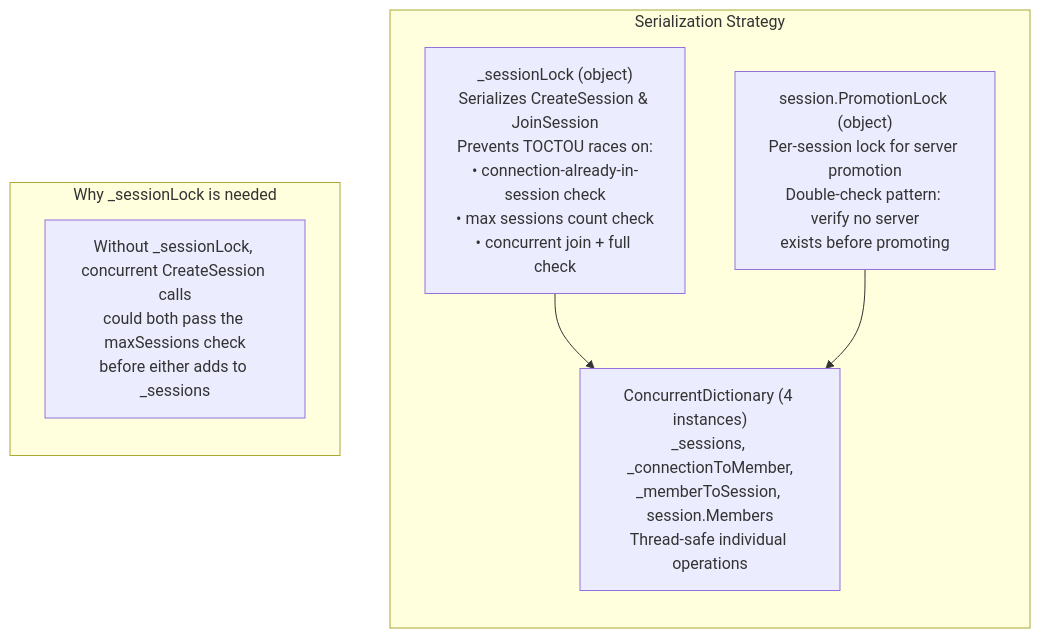
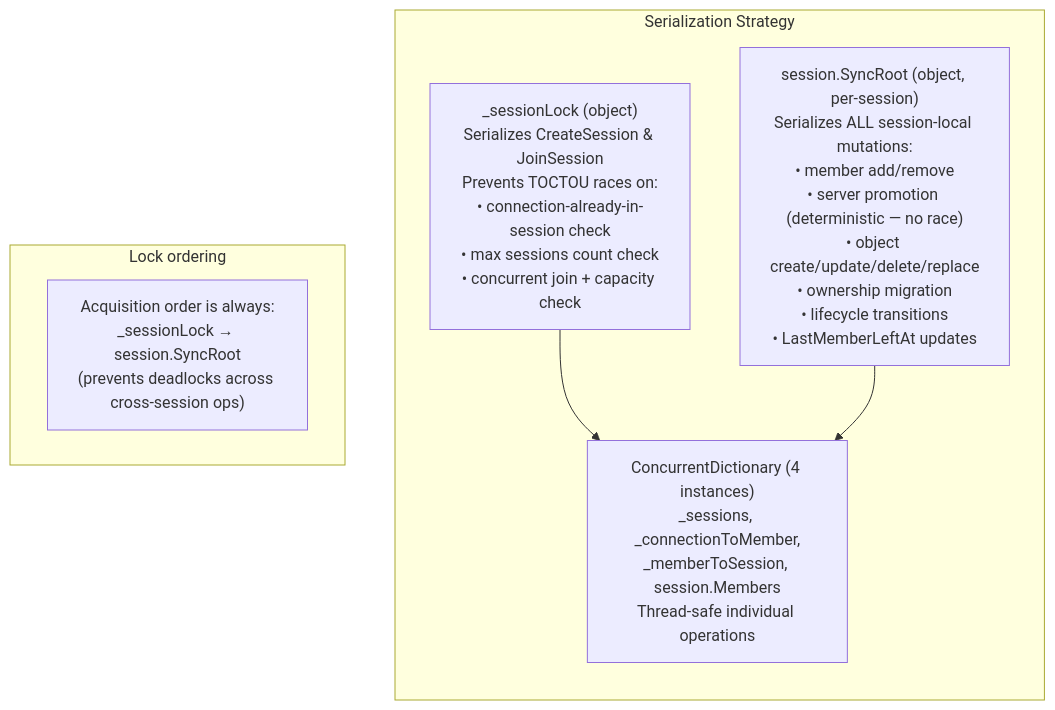
Diagram 30 of 33 in ARCHITECTURE.md (badvoidstar/asteroids), drawn with Mermaid before and after one commit. The commit also changed other lines of this file, not shown here.

First line of the commit message:
docs: update ARCHITECTURE.md to current code state

````diff
--- a/ARCHITECTURE.md
+++ b/ARCHITECTURE.md
@@ -788,17 +844,16 @@
 ```mermaid
 flowchart TB
     subgraph "Serialization Strategy"
         direction TB
-        LOCK["_sessionLock (object)<br/>Serializes CreateSession & JoinSession<br/>Prevents TOCTOU races on:<br/>• connection-already-in-session check<br/>• max sessions count check<br/>• concurrent join + full check"]
-        PROMO["session.PromotionLock (object)<br/>Per-session lock for server promotion<br/>Double-check pattern: verify no server<br/>exists before promoting"]
+        LOCK["_sessionLock (object)<br/>Serializes CreateSession & JoinSession<br/>Prevents TOCTOU races on:<br/>• connection-already-in-session check<br/>• max sessions count check<br/>• concurrent join + capacity check"]
+        SYNC["session.SyncRoot (object, per-session)<br/>Serializes ALL session-local mutations:<br/>• member add/remove<br/>• server promotion (deterministic — no race)<br/>• object create/update/delete/replace<br/>• ownership migration<br/>• lifecycle transitions<br/>• LastMemberLeftAt updates"]
         CONC["ConcurrentDictionary (4 instances)<br/>_sessions, _connectionToMember,<br/>_memberToSession, session.Members<br/>Thread-safe individual operations"]
     end
 
-    subgraph "Why _sessionLock is needed"
-        direction TB
-        RACE["Without _sessionLock, concurrent CreateSession calls<br/>could both pass the maxSessions check<br/>before either adds to _sessions"]
+    subgraph "Lock ordering"
+        ORDER["Acquisition order is always:<br/>_sessionLock → session.SyncRoot<br/>(prevents deadlocks across cross-session ops)"]
     end
 
     LOCK --> CONC
-    PROMO --> CONC
+    SYNC --> CONC
 ```
````
